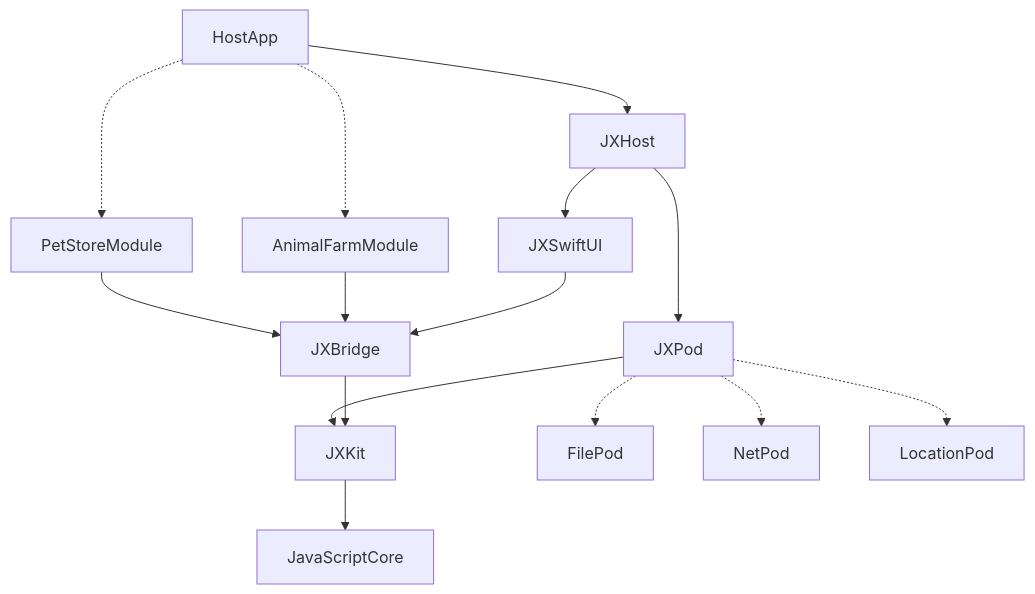
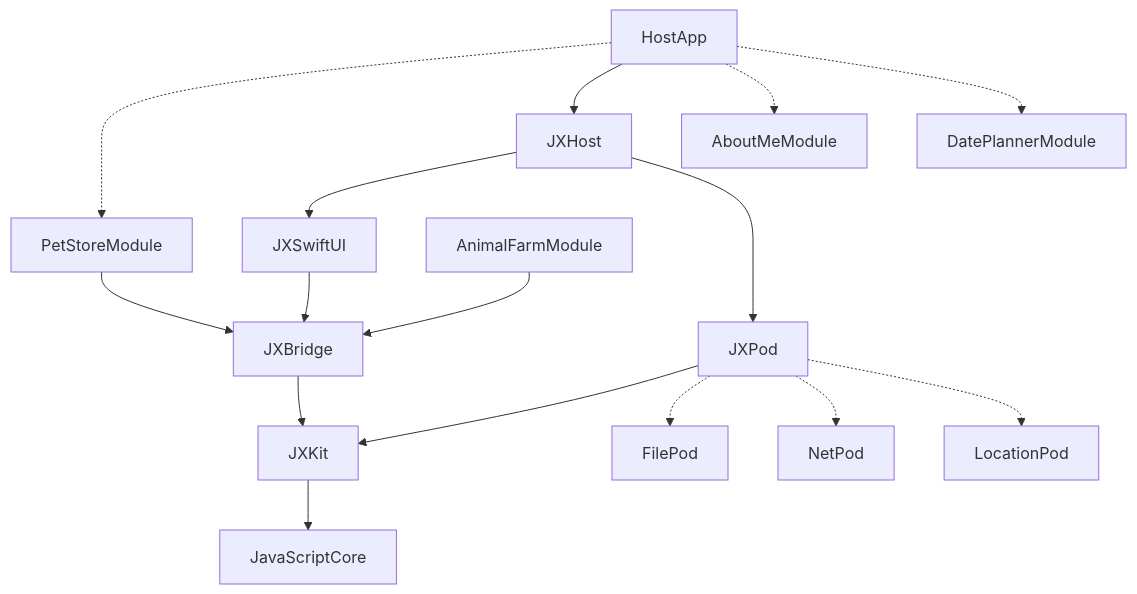
One commit to jectivex/JXHost changed the diagram in README.md. Above: the diagram before and after it, drawn with Mermaid.

````diff
--- a/README.md
+++ b/README.md
@@ -3,18 +3,19 @@
 ```mermaid
 flowchart TB
     HostApp -.-> PetStoreModule
     HostApp --> JXHost
     PetStoreModule --> JXBridge
     JXHost --> JXSwiftUI
     JXHost --> JXPod
     JXPod --> JXKit
     JXPod -.-> FilePod
     JXPod -.-> NetPod
     JXPod -.-> LocationPod
-    HostApp -.-> AnimalFarmModule
+    HostApp -.-> AboutMeModule
+    HostApp -.-> DatePlannerModule
     AnimalFarmModule --> JXBridge
     JXSwiftUI --> JXBridge
     JXBridge --> JXKit
     JXKit --> JavaScriptCore
 
 ```
````
